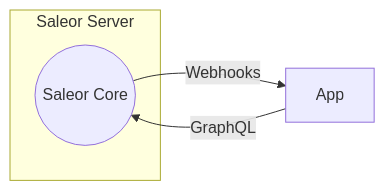
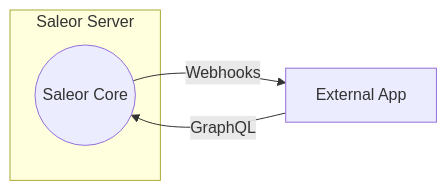
One commit to saleor/saleor-docs changed the first of 3 diagrams in docs/developer/extending/overview.mdx. Above: the diagram before and after it, drawn with Mermaid. The commit also changed other lines of this file and 17 other files, not shown here.

Commit message:
Restructure the apps overview & architecture in extending

````diff
--- a/docs/developer/extending/overview.mdx
+++ b/docs/developer/extending/overview.mdx
@@ -24,8 +11,8 @@
 ```mermaid
 graph LR
-  C -->|Webhooks| A[App]
+  C -->|Webhooks| A[External App]
   A -->|GraphQL| C
   subgraph Saleor Server
     C((Saleor Core))
   end
 ```
````
